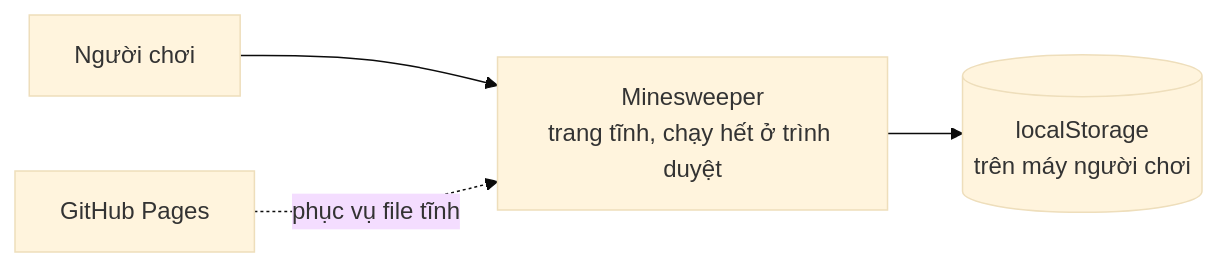
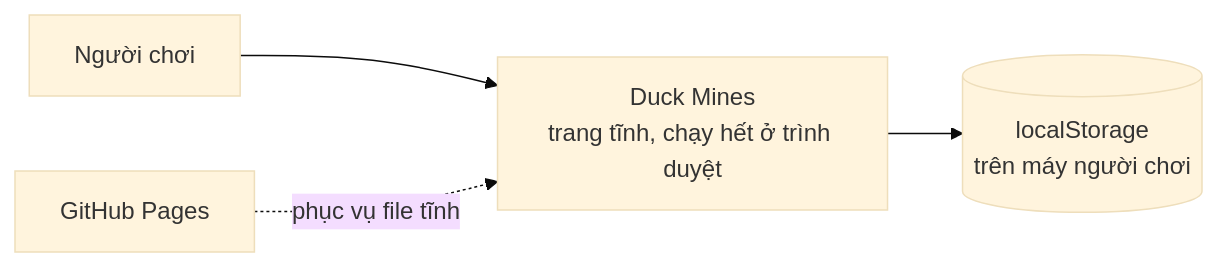
The first of 2 diagrams in docs/03-design/architecture.md (LeVanAnhDuc/web-game-duck-mines), drawn with Mermaid (base theme) before and after one commit. The commit also changed 9 other files, not shown here.

````diff
--- a/docs/03-design/architecture.md
+++ b/docs/03-design/architecture.md
@@ -24,6 +24,6 @@
 ```mermaid
 graph LR
-  User[Người chơi] --> App[Minesweeper<br/>trang tĩnh, chạy hết ở trình duyệt]
+  User[Người chơi] --> App[Duck Mines<br/>trang tĩnh, chạy hết ở trình duyệt]
   App --> LS[(localStorage<br/>trên máy người chơi)]
   Pages[GitHub Pages] -. phục vụ file tĩnh .-> App
 ```
````
